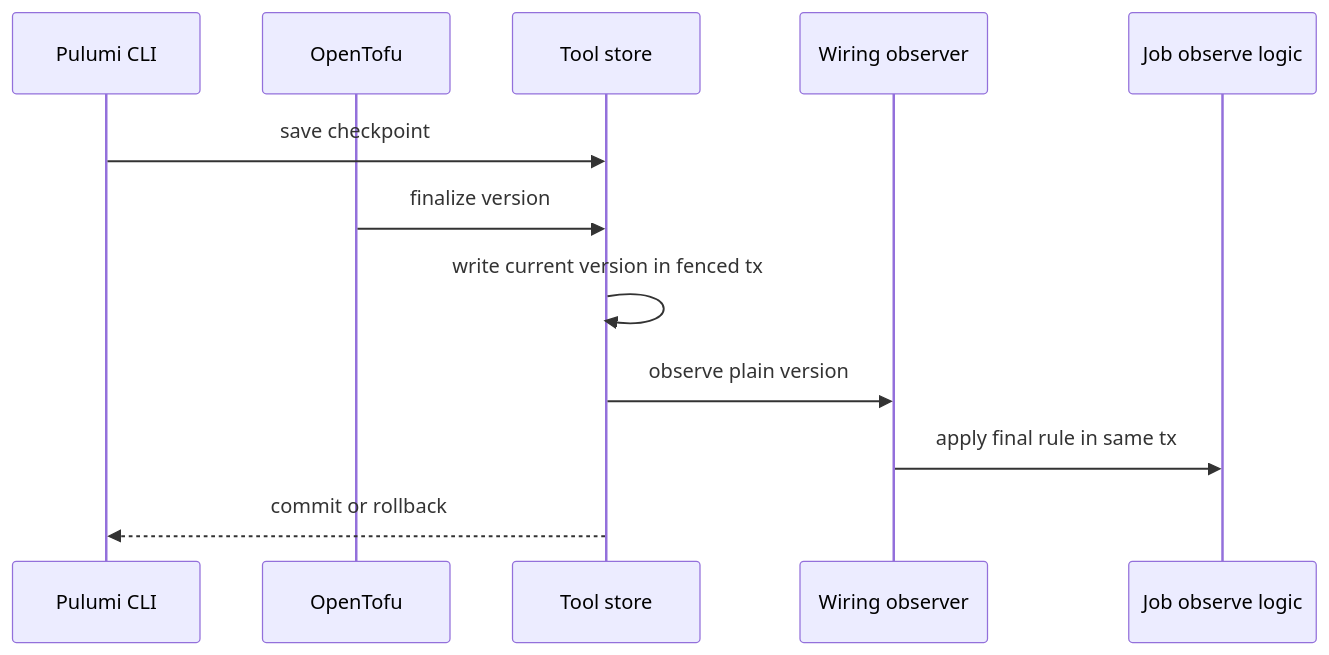
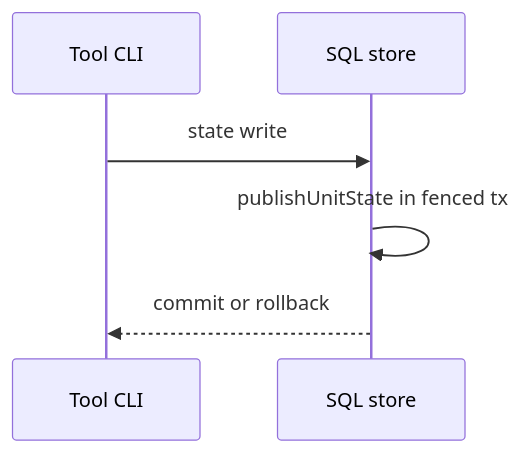
Before and after one commit to OpenDustpan/OpenDustpan: the first of 4 diagrams in openspec/changes/write-state-version-unit-state-1/design.md, drawn with Mermaid. The commit also changed other lines of this file and 14 other files, not shown here.

````diff
--- a/openspec/changes/write-state-version-unit-state-1/design.md
+++ b/openspec/changes/write-state-version-unit-state-1/design.md
@@ -23,14 +22,8 @@
 ```mermaid
 sequenceDiagram
-participant P as Pulumi CLI
-participant O as OpenTofu
-participant S as Tool store
-participant W as Wiring observer
-participant J as Job observe logic
-P->>S: save checkpoint
-O->>S: finalize version
-S->>S: write current version in fenced tx
-S->>W: observe plain version
-W->>J: apply final rule in same tx
-S-->>P: commit or rollback
+participant C as Tool CLI
+participant S as SQL store
+C->>S: state write
+S->>S: publishUnitState in fenced tx
+S-->>C: commit or rollback
 ```
````
